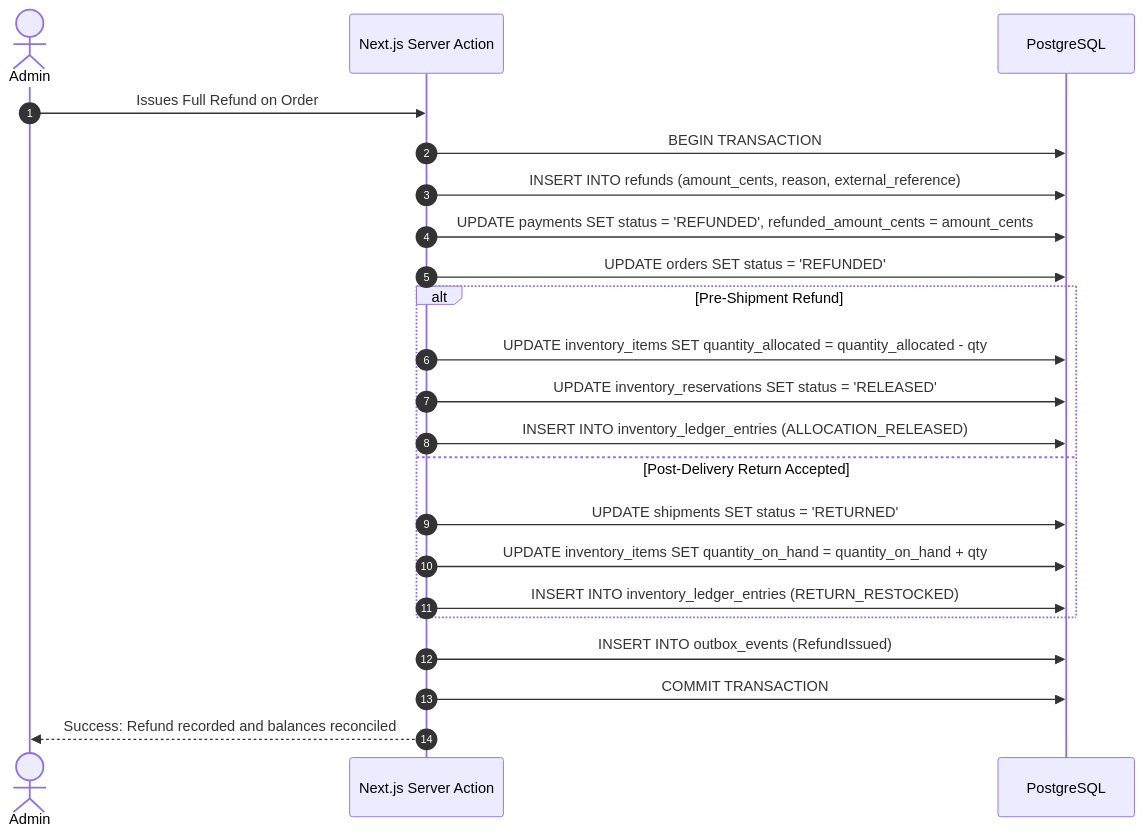
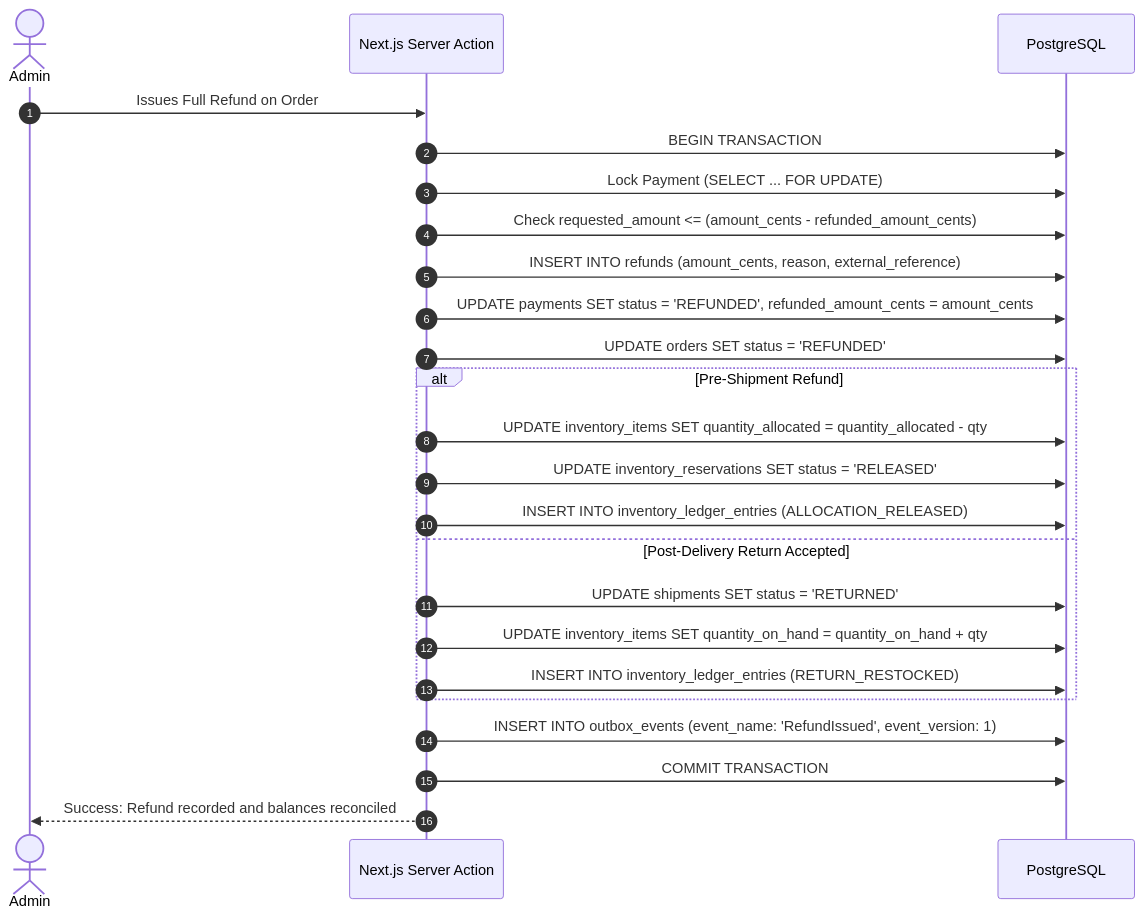
One commit to SaeBryxn/GamerPeru-Vercel changed diagram 13 of 15 in docs/architecture/COMMERCE_DOMAIN_MODEL.md. Above: the diagram before and after it, drawn with Mermaid. The commit also changed other lines of this file and 1 other file, not shown here.

Commit message:
docs: finalize GP-004 schema readiness

````diff
--- a/docs/architecture/COMMERCE_DOMAIN_MODEL.md
+++ b/docs/architecture/COMMERCE_DOMAIN_MODEL.md
@@ -1381,25 +1437,27 @@
 ```mermaid
 sequenceDiagram
     autonumber
     actor Admin
     participant App as Next.js Server Action
     participant DB as PostgreSQL
 
     Admin->>App: Issues Full Refund on Order
     App->>DB: BEGIN TRANSACTION
+    App->>DB: Lock Payment (SELECT ... FOR UPDATE)
+    App->>DB: Check requested_amount <= (amount_cents - refunded_amount_cents)
     App->>DB: INSERT INTO refunds (amount_cents, reason, external_reference)
     App->>DB: UPDATE payments SET status = 'REFUNDED', refunded_amount_cents = amount_cents
     App->>DB: UPDATE orders SET status = 'REFUNDED'
     alt Pre-Shipment Refund
         App->>DB: UPDATE inventory_items SET quantity_allocated = quantity_allocated - qty
         App->>DB: UPDATE inventory_reservations SET status = 'RELEASED'
         App->>DB: INSERT INTO inventory_ledger_entries (ALLOCATION_RELEASED)
     else Post-Delivery Return Accepted
         App->>DB: UPDATE shipments SET status = 'RETURNED'
         App->>DB: UPDATE inventory_items SET quantity_on_hand = quantity_on_hand + qty
         App->>DB: INSERT INTO inventory_ledger_entries (RETURN_RESTOCKED)
     end
-    App->>DB: INSERT INTO outbox_events (RefundIssued)
+    App->>DB: INSERT INTO outbox_events (event_name: 'RefundIssued', event_version: 1)
     App->>DB: COMMIT TRANSACTION
     App-->>Admin: Success: Refund recorded and balances reconciled
 ```
````
